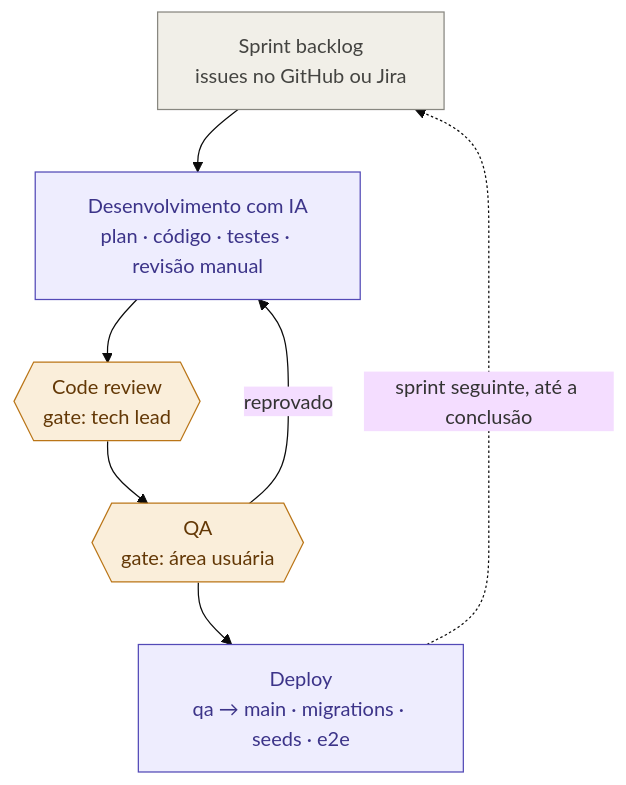
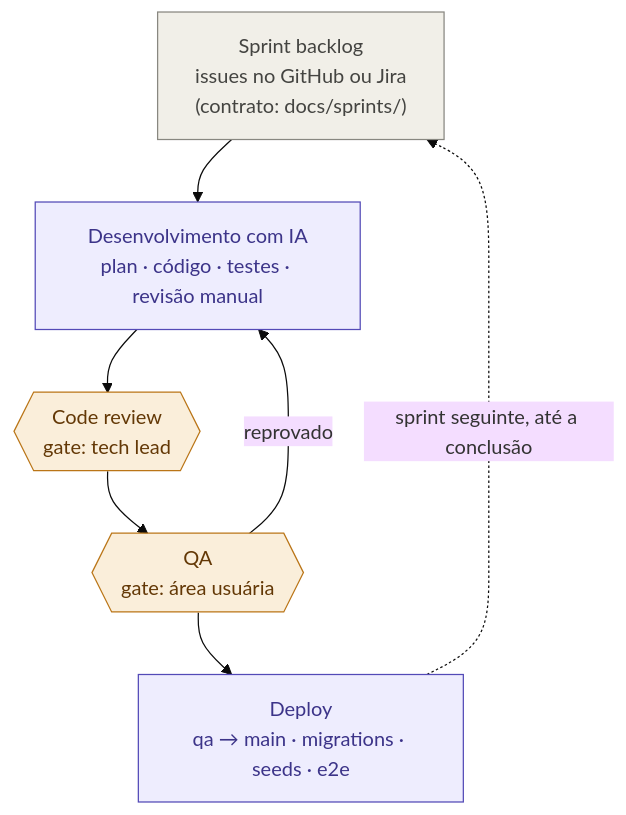
Before and after one commit to fnevesgx/convert-ia: the second of 3 diagrams in docs/diagramas/README.md, drawn with Mermaid (base theme). The commit also changed other lines of this file and 21 other files, not shown here.

Commit message:
Atualiza documentação dos agentes de IA e do processo de levantamento. Adiciona critérios de apoio para decisões de arquitetura, referências a novas skills (characterization-tester) e contratos de sprints. Melhora exemplos e schemas, garantindo clareza nas interações entre o legado e o novo sistema.

````diff
--- a/docs/diagramas/README.md
+++ b/docs/diagramas/README.md
@@ -44,19 +44,19 @@
 ```mermaid
 flowchart TB
-    SB["Sprint backlog<br>issues no GitHub ou Jira"]
+    SB["Sprint backlog<br>issues no GitHub ou Jira<br>(contrato: docs/sprints/)"]
     DEV["Desenvolvimento com IA<br>plan · código · testes · revisão manual"]
     CR{{"Code review<br>gate: tech lead"}}
     QA{{"QA<br>gate: área usuária"}}
     DEP["Deploy<br>qa → main · migrations · seeds · e2e"]
 
     SB --> DEV --> CR --> QA --> DEP
     QA -- "reprovado" --> DEV
     DEP -. "sprint seguinte, até a conclusão" .-> SB
 
     classDef exec fill:#EEEDFE,stroke:#534AB7,color:#3C3489
     classDef gate fill:#FAEEDA,stroke:#BA7517,color:#633806
     classDef gestao fill:#F1EFE8,stroke:#888780,color:#444441
     class DEV,DEP exec
     class CR,QA gate
     class SB gestao
 ```
````
